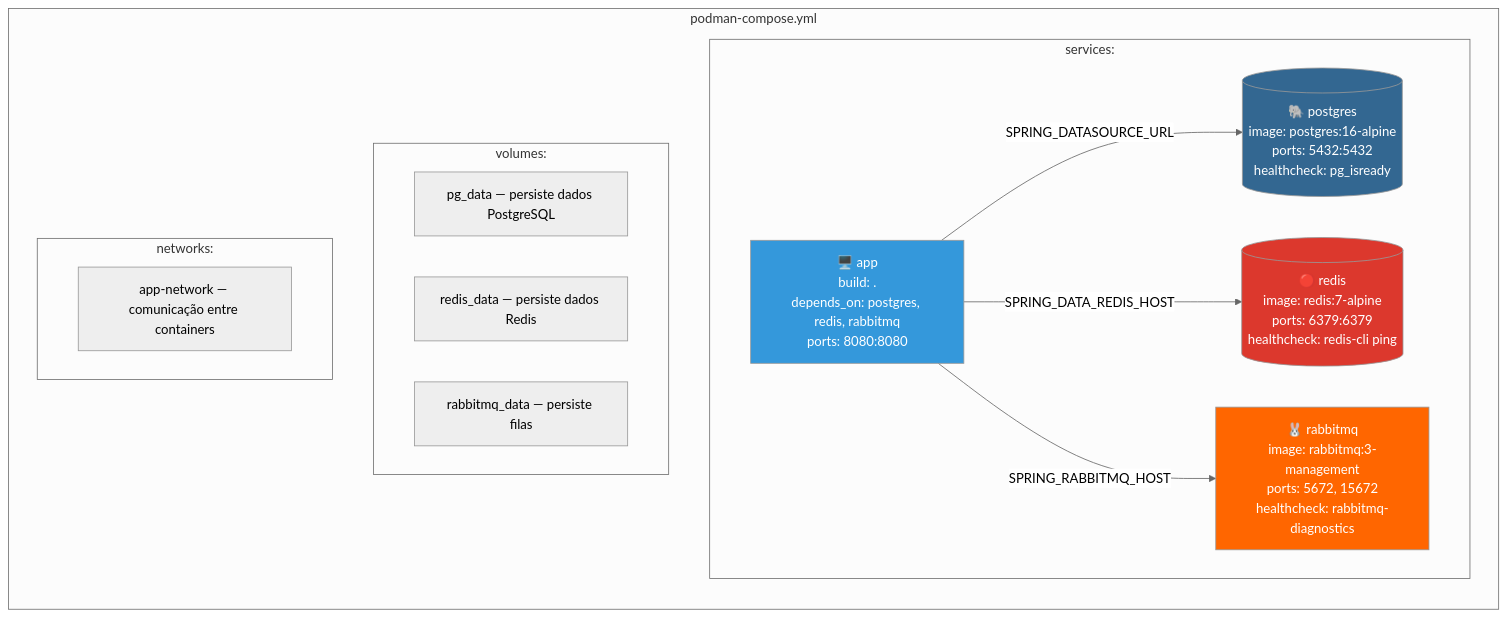
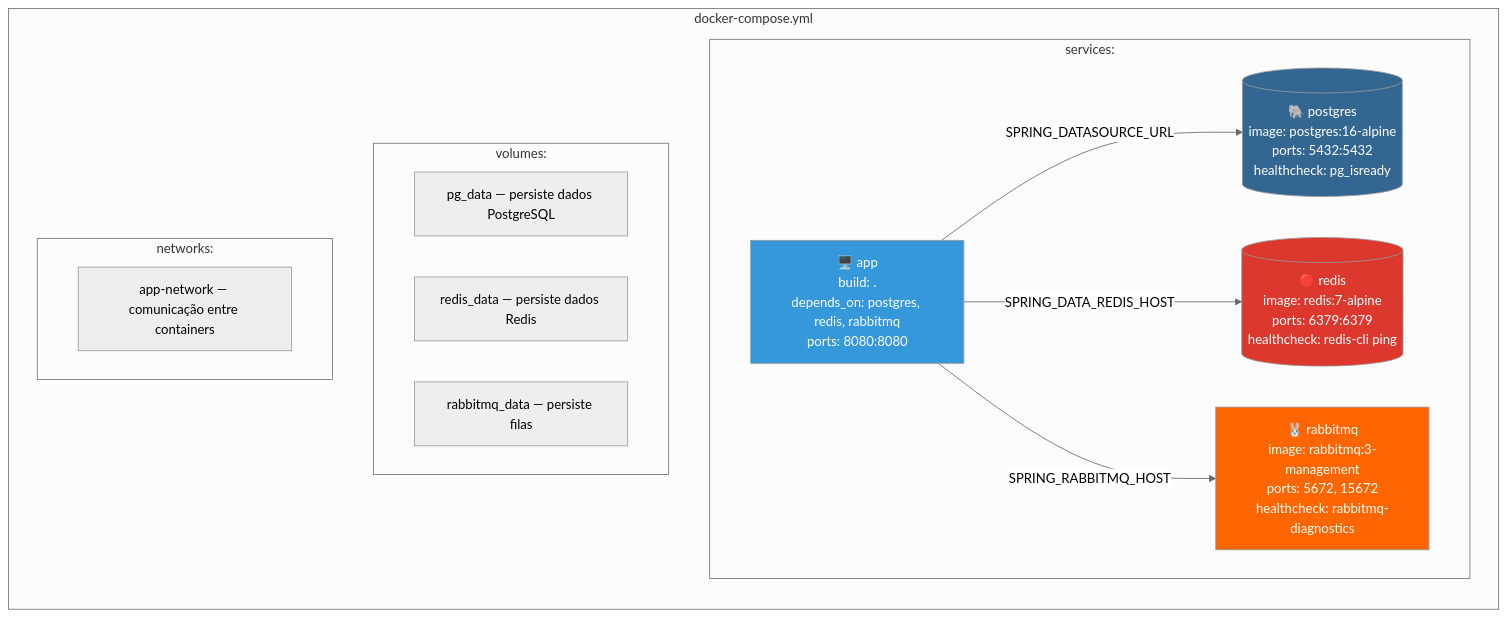
Before and after one commit to deusemarjunior/trein-java-intermed: the first of 4 diagrams in dia-07/slide-04.md, drawn with Mermaid (neutral theme). The commit also changed other lines of this file and 12 other files, not shown here.

First line of the commit message:
Refactor slides and configuration files to transition from Podman to Docker

````diff
--- a/dia-07/slide-04.md
+++ b/dia-07/slide-04.md
@@ -32,32 +32,32 @@
 ```mermaid
 graph TB
-    subgraph "podman-compose.yml"
+    subgraph "docker-compose.yml"
         direction TB
 
         subgraph "services:"
             APP["🖥️ app<br/>build: .<br/>depends_on: postgres, redis, rabbitmq<br/>ports: 8080:8080"]
             PG[("🐘 postgres<br/>image: postgres:16-alpine<br/>ports: 5432:5432<br/>healthcheck: pg_isready")]
             REDIS[("🔴 redis<br/>image: redis:7-alpine<br/>ports: 6379:6379<br/>healthcheck: redis-cli ping")]
             RMQ["🐰 rabbitmq<br/>image: rabbitmq:3-management<br/>ports: 5672, 15672<br/>healthcheck: rabbitmq-diagnostics"]
         end
 
         subgraph "volumes:"
             V1["pg_data — persiste dados PostgreSQL"]
             V2["redis_data — persiste dados Redis"]
             V3["rabbitmq_data — persiste filas"]
         end
 
         subgraph "networks:"
             N1["app-network — comunicação entre containers"]
         end
     end
 
     APP -->|"SPRING_DATASOURCE_URL"| PG
     APP -->|"SPRING_DATA_REDIS_HOST"| REDIS
     APP -->|"SPRING_RABBITMQ_HOST"| RMQ
 
     style APP fill:#3498db,color:#fff
     style PG fill:#336791,color:#fff
     style REDIS fill:#dc382d,color:#fff
     style RMQ fill:#ff6600,color:#fff
 ```
````
